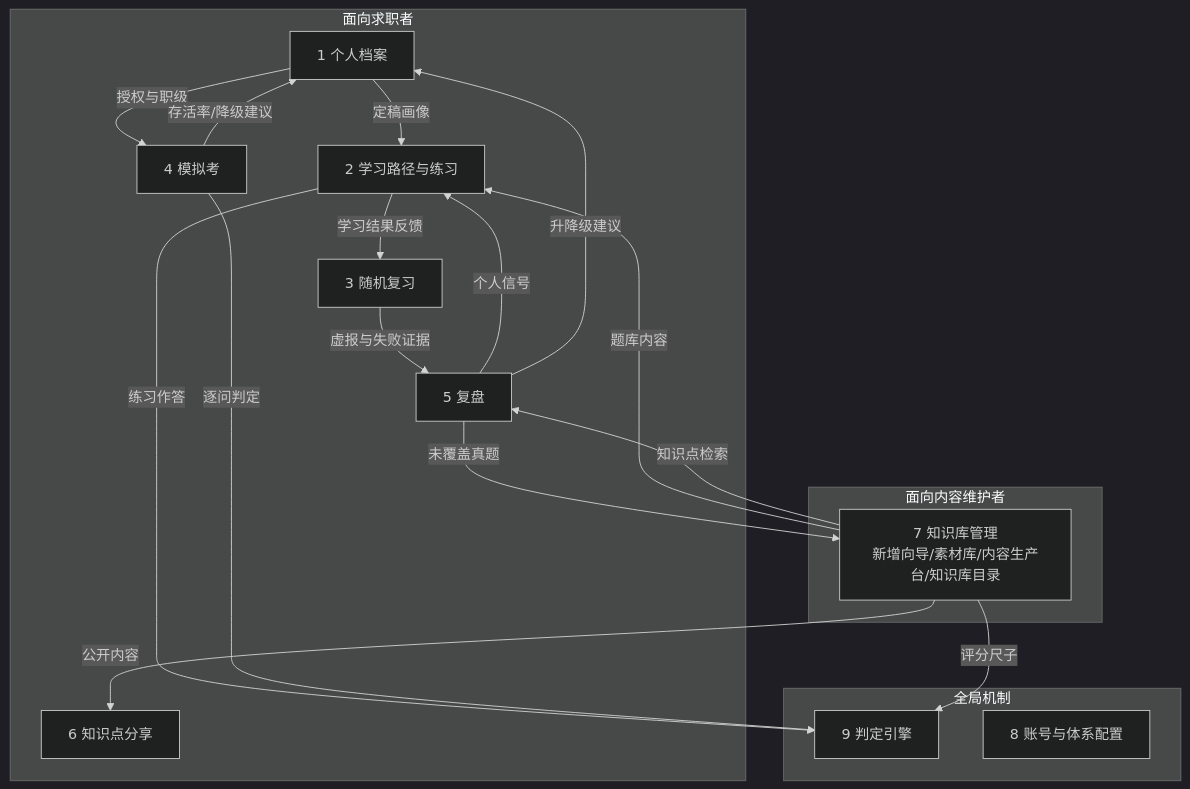
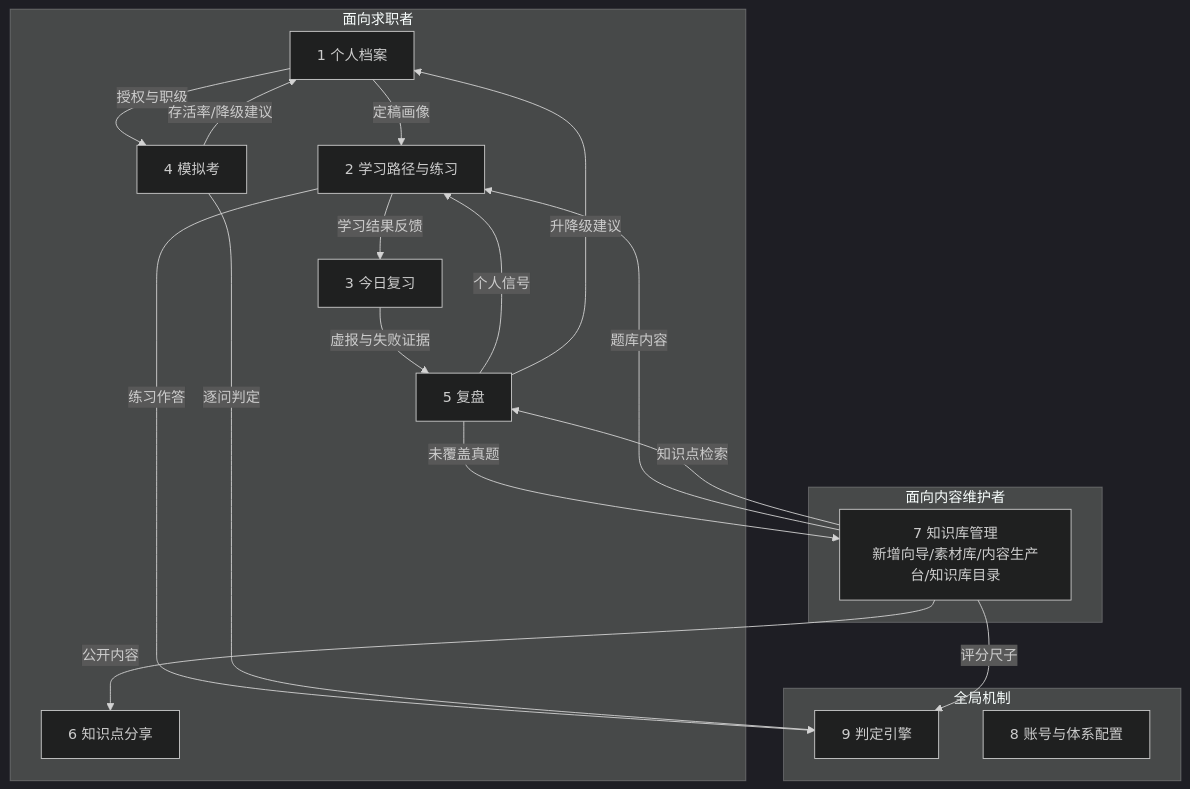
One commit to liuxi1211/zhiji changed the second of 2 diagrams in docs/核心模块定义.md. Above: the diagram before and after it, drawn with Mermaid (dark theme). The commit also changed other lines of this file and 111 other files, not shown here.

````diff
--- a/docs/核心模块定义.md
+++ b/docs/核心模块定义.md
@@ -393,33 +417,33 @@
 ```mermaid
 flowchart TB
     subgraph C端 [面向求职者]
         A[1 个人档案]
         B[2 学习路径与练习]
-        C[3 随机复习]
+        C[3 今日复习]
         D[4 模拟考]
         E[5 复盘]
         F[6 知识点分享]
     end
     subgraph B端 [面向内容维护者]
         G[7 知识库管理<br>新增向导/素材库/内容生产台/知识库目录]
     end
     subgraph 底座 [全局机制]
         I[9 判定引擎]
         J[8 账号与体系配置]
     end
 
     A -->|定稿画像| B
     A -->|授权与职级| D
     B -->|学习结果反馈| C
     B -->|练习作答| I
     C -->|虚报与失败证据| E
     D -->|存活率/降级建议| A
     D -->|逐问判定| I
     E -->|个人信号| B
     E -->|升降级建议| A
     E -->|未覆盖真题| G
     G -->|题库内容| B
     G -->|评分尺子| I
     G -->|公开内容| F
     G -->|知识点检索| E
 ```
````
